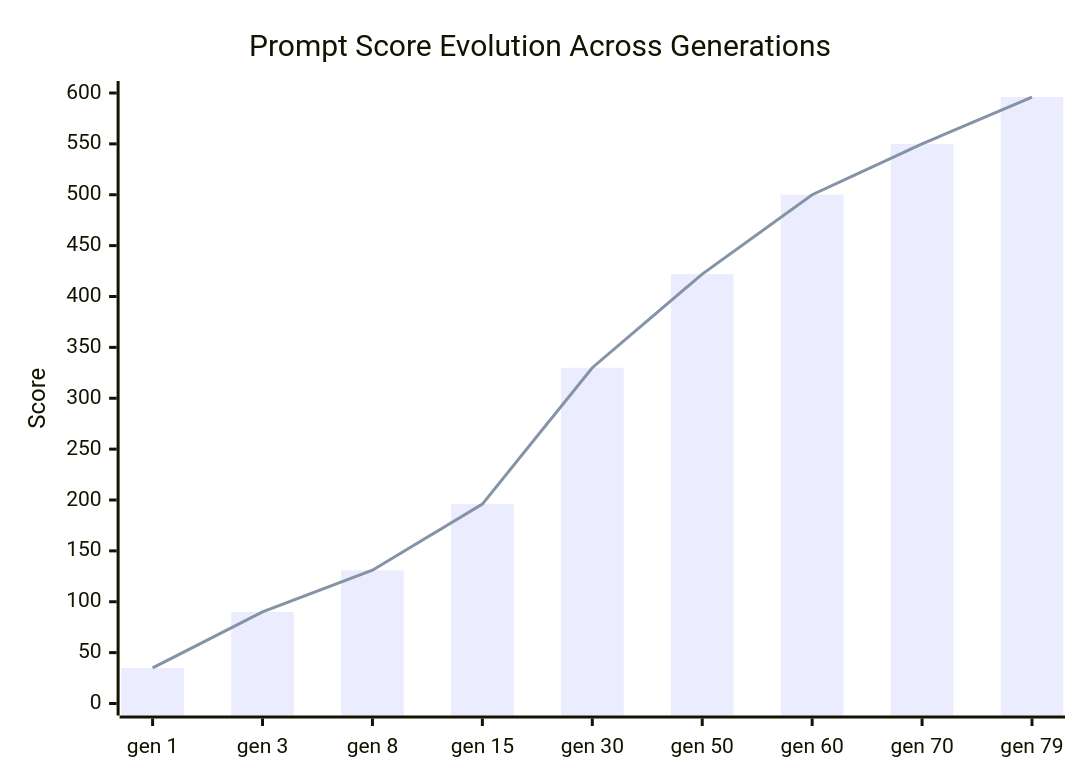
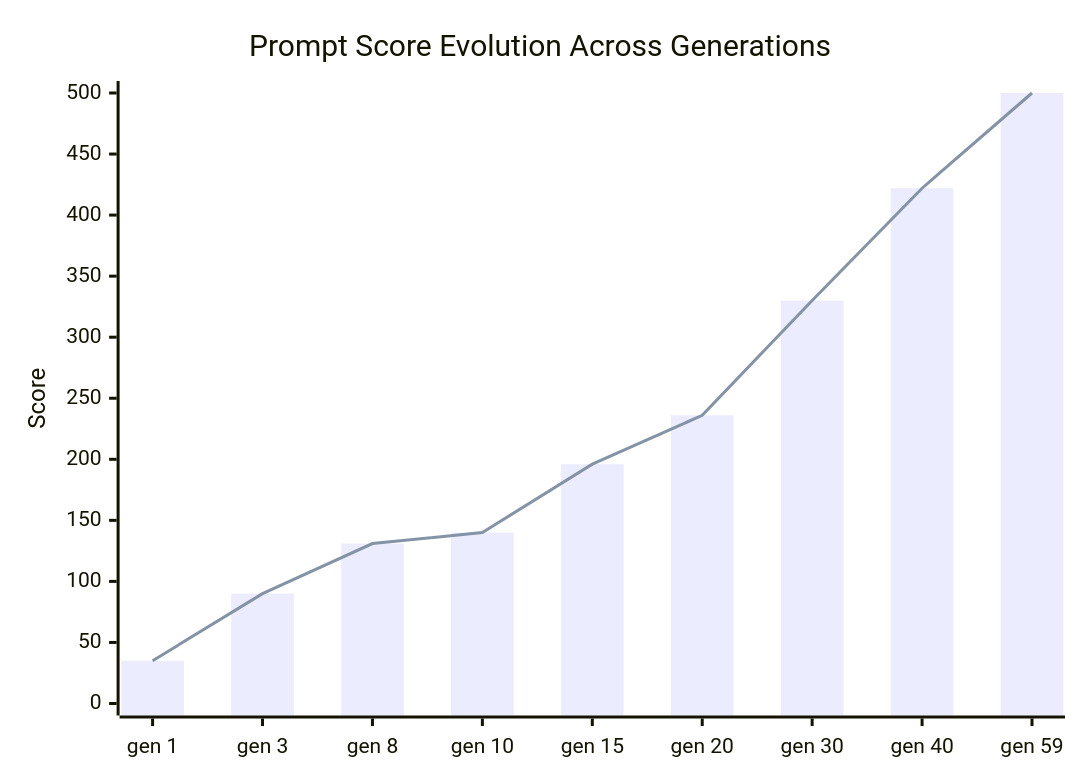
Before and after one commit to NullLabTests/autoresearch-ai-agent-skeleton: the second of 3 diagrams in README.md, drawn with Mermaid. The commit also changed other lines of this file, not shown here.

Commit message:
docs: add comprehensive architecture deep-dive to README

````diff
--- a/README.md
+++ b/README.md
@@ -43,8 +43,8 @@
 ```mermaid
 xychart-beta
     title "Prompt Score Evolution Across Generations"
-    x-axis ["gen 1", "gen 3", "gen 8", "gen 15", "gen 30", "gen 50", "gen 60", "gen 70", "gen 79"]
-    y-axis "Score" 0 --> 600
-    bar [35, 90, 131, 196, 330, 422, 500, 550, 596]
-    line [35, 90, 131, 196, 330, 422, 500, 550, 596]
+    x-axis ["gen 1", "gen 3", "gen 8", "gen 10", "gen 15", "gen 20", "gen 30", "gen 40", "gen 59"]
+    y-axis "Score" 0 --> 500
+    bar [35, 90, 131, 140, 196, 236, 330, 422, 500]
+    line [35, 90, 131, 140, 196, 236, 330, 422, 500]
 ```
````
